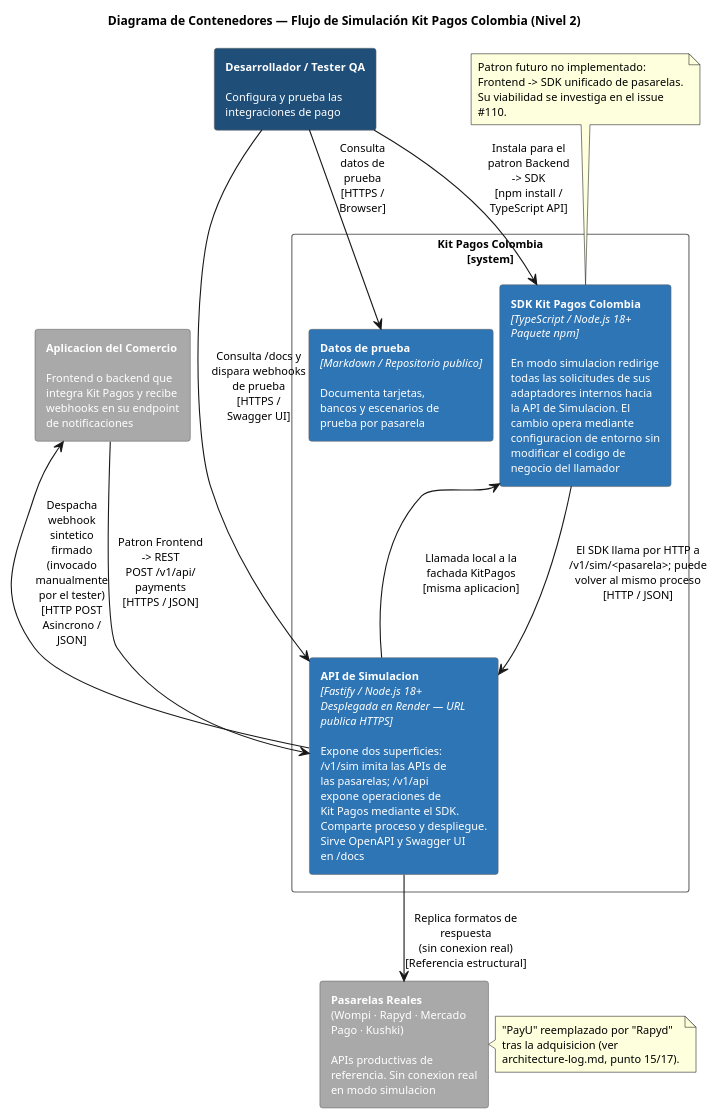
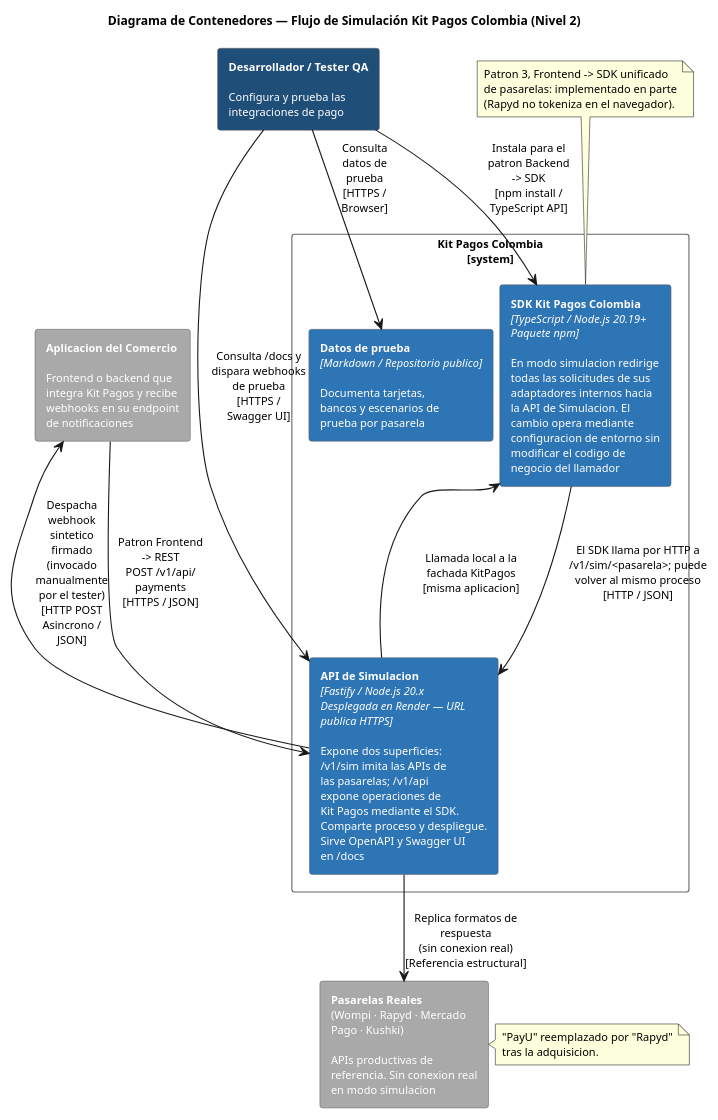
The diagram in docs/architecture/Simulador API/diagrams-source/container-diagram.puml (PurosBrothers/Kit-Pagos-Colombia---Tesis), drawn with PlantUML before and after one commit. The commit also changed 36 other files, not shown here.

```diff
--- a/docs/architecture/Simulador API/diagrams-source/container-diagram.puml
+++ b/docs/architecture/Simulador API/diagrams-source/container-diagram.puml
@@ -1,53 +1,52 @@
 @startuml Container Diagram - Simulador API
 title Diagrama de Contenedores — Flujo de Simulación Kit Pagos Colombia (Nivel 2)
 skinparam backgroundColor white
 skinparam defaultFontName Helvetica
 skinparam defaultFontSize 10
 skinparam titleFontSize 11
 skinparam rectangleFontSize 10
 skinparam ArrowFontSize 10
 skinparam NoteFontSize 10
 skinparam wrapWidth 190
 skinparam nodesep 6
 skinparam ranksep 18
 skinparam rectangle {
   BorderColor #666666
   ArrowColor #666666
   FontColor white
 }
 
 rectangle "**Desarrollador / Tester QA**\n\nConfigura y prueba las\nintegraciones de pago" as Dev #1F4E79
 
 rectangle "Kit Pagos Colombia\n[system]" as System #FFFFFF;text:black {
-  rectangle "**SDK Kit Pagos Colombia**\n<i>[TypeScript / Node.js 18+</i>\n<i>Paquete npm]</i>\n\nEn modo simulacion redirige\ntodas las solicitudes de sus\nadaptadores internos hacia\nla API de Simulacion. El\ncambio opera mediante\nconfiguracion de entorno sin\nmodificar el codigo de\nnegocio del llamador" as SDK #2E75B6
+  rectangle "**SDK Kit Pagos Colombia**\n<i>[TypeScript / Node.js 20.19+</i>\n<i>Paquete npm]</i>\n\nEn modo simulacion redirige\ntodas las solicitudes de sus\nadaptadores internos hacia\nla API de Simulacion. El\ncambio opera mediante\nconfiguracion de entorno sin\nmodificar el codigo de\nnegocio del llamador" as SDK #2E75B6
   rectangle "**Datos de prueba**\n<i>[Markdown / Repositorio publico]</i>\n\nDocumenta tarjetas,\nbancos y escenarios de\nprueba por pasarela" as Docs #2E75B6
-  rectangle "**API de Simulacion**\n<i>[Fastify / Node.js 18+</i>\n<i>Desplegada en Render — URL</i>\n<i>publica HTTPS]</i>\n\nExpone dos superficies:\n/v1/sim imita las APIs de\nlas pasarelas; /v1/api\nexpone operaciones de\nKit Pagos mediante el SDK.\nComparte proceso y despliegue.\nSirve OpenAPI y Swagger UI\nen /docs" as SimAPI #2E75B6
+  rectangle "**API de Simulacion**\n<i>[Fastify / Node.js 20.x</i>\n<i>Desplegada en Render — URL</i>\n<i>publica HTTPS]</i>\n\nExpone dos superficies:\n/v1/sim imita las APIs de\nlas pasarelas; /v1/api\nexpone operaciones de\nKit Pagos mediante el SDK.\nComparte proceso y despliegue.\nSirve OpenAPI y Swagger UI\nen /docs" as SimAPI #2E75B6
 }
 
 rectangle "**Aplicacion del Comercio**\n\nFrontend o backend que\nintegra Kit Pagos y recibe\nwebhooks en su endpoint\nde notificaciones" as Comercio #A9A9A9
 rectangle "**Pasarelas Reales**\n(Wompi · Rapyd · Mercado\nPago · Kushki)\n\nAPIs productivas de\nreferencia. Sin conexion real\nen modo simulacion" as Pasarelas #A9A9A9
 
 Dev --> SDK : Instala para el\npatron Backend\n-> SDK\n[npm install /\nTypeScript API]
 Dev --> Docs : Consulta\ndatos de\nprueba\n[HTTPS /\nBrowser]
 Dev --> SimAPI : Consulta /docs y\ndispara webhooks\nde prueba\n[HTTPS /\nSwagger UI]
 
 Comercio --> SimAPI : Patron Frontend\n-> REST\nPOST /v1/api/\npayments\n[HTTPS / JSON]
 SDK <-- SimAPI : Llamada local a la\nfachada KitPagos\n[misma aplicacion]
 SDK --> SimAPI : El SDK llama por HTTP a\n/v1/sim/<pasarela>; puede\nvolver al mismo proceso\n[HTTP / JSON]
 Comercio <-- SimAPI : Despacha\nwebhook\nsintetico\nfirmado\n(invocado\nmanualmente\npor el tester)\n[HTTP POST\nAsincrono /\nJSON]
 SimAPI --> Pasarelas : Replica formatos de\nrespuesta\n(sin conexion real)\n[Referencia estructural]
 
 Dev -[hidden]right- Comercio
 note right of Pasarelas
   "PayU" reemplazado por "Rapyd"
-  tras la adquisicion (ver
-  architecture-log.md, punto 15/17).
+  tras la adquisicion.
 end note
 
 note top of SDK
-  Patron futuro no implementado:
-  Frontend -> SDK unificado de pasarelas.
-  Su viabilidad se investiga en el issue #110.
+  Patron 3, Frontend -> SDK unificado
+  de pasarelas: implementado en parte
+  (Rapyd no tokeniza en el navegador).
 end note
 
 @enduml
```
